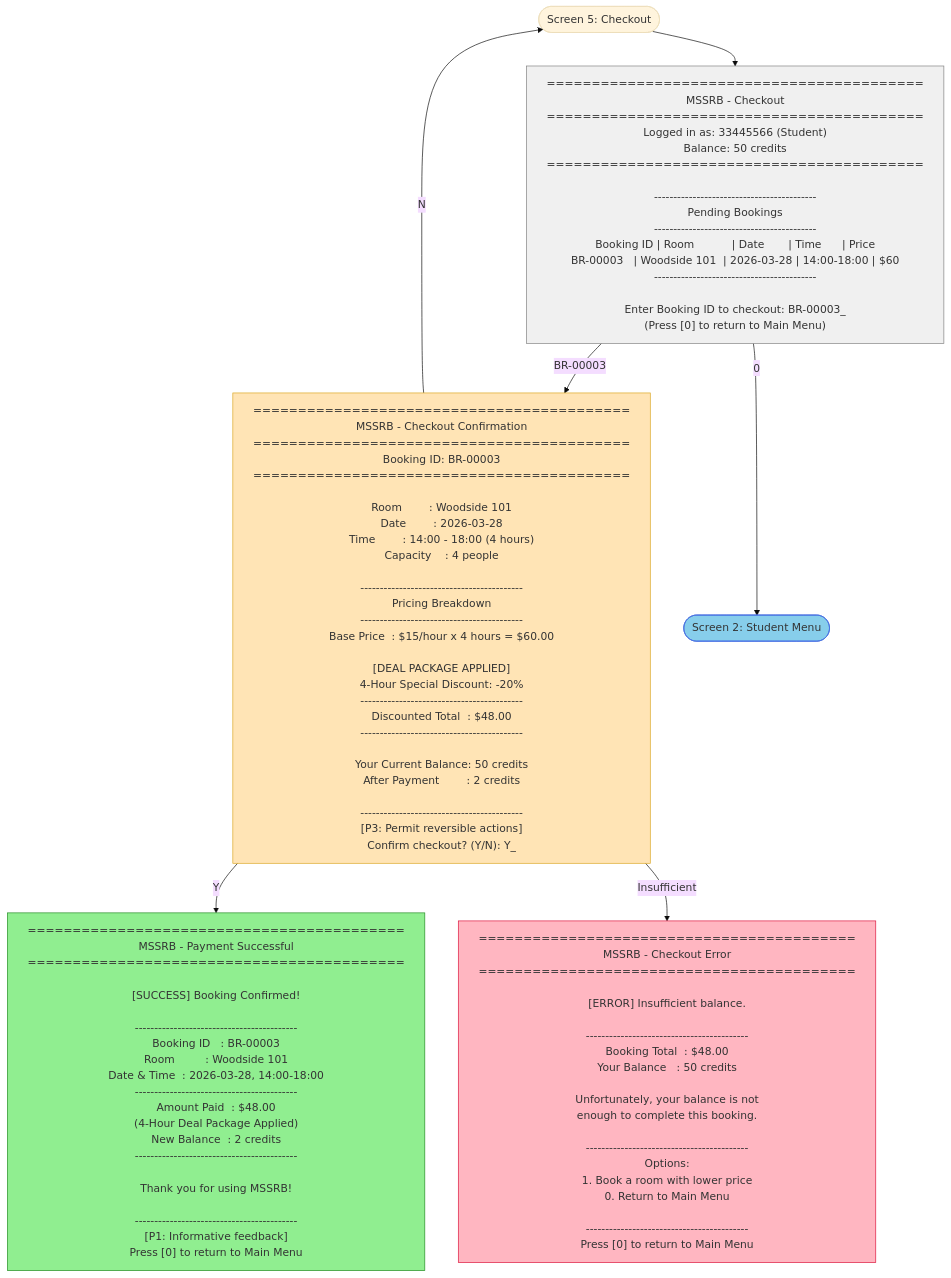
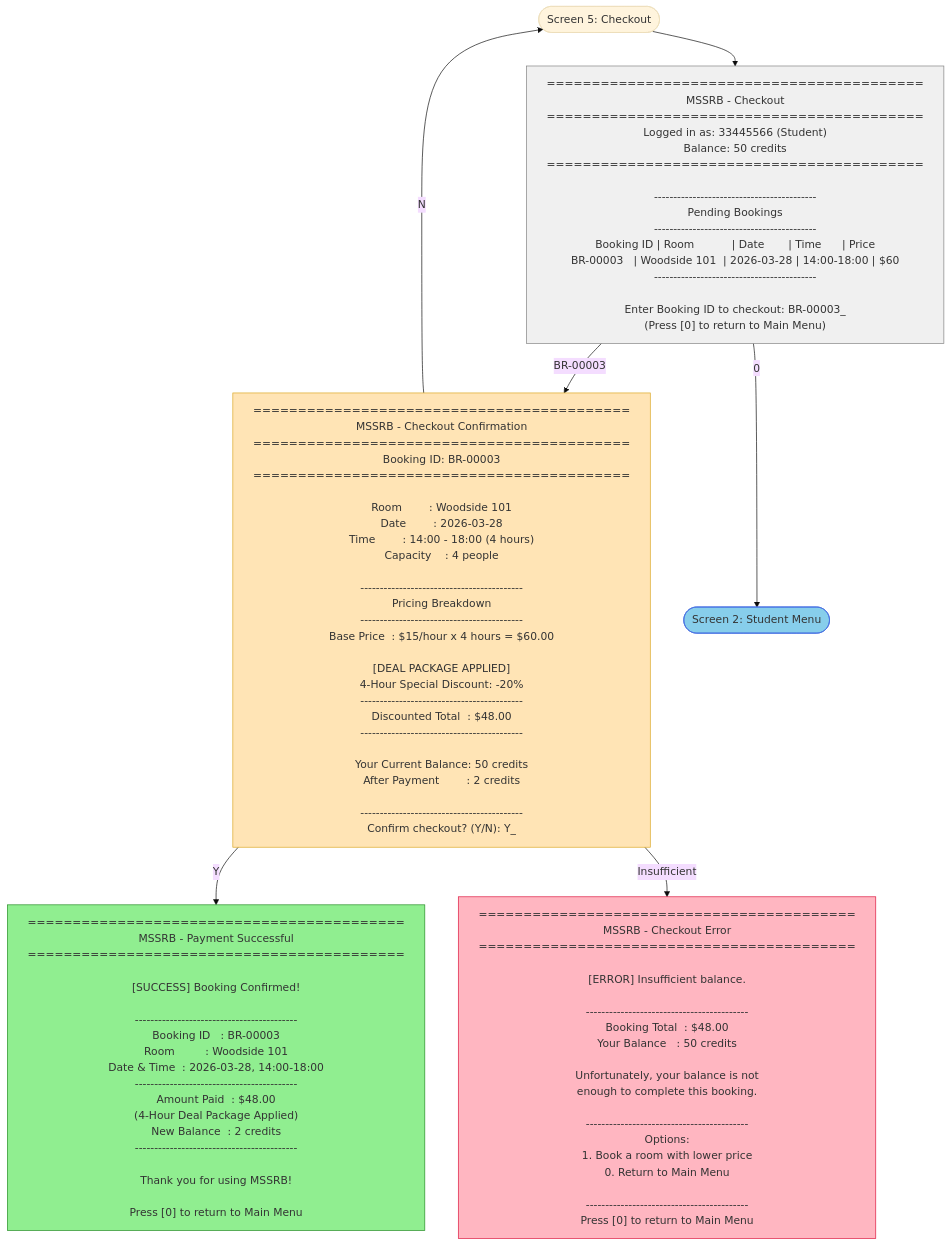
Before and after one commit to alii0110-monash/fit5136-study-room-booking: the diagram in mermaid/member_a/05_checkout.flowchart.mmd, drawn with Mermaid (base theme). The commit also changed 12 other files, not shown here.

```diff
--- a/mermaid/member_a/05_checkout.flowchart.mmd
+++ b/mermaid/member_a/05_checkout.flowchart.mmd
@@ -1,114 +1,111 @@
 flowchart TB
     CHECKOUT(["Screen 5: Checkout"])
 
     C1["
 ==========================================
 MSSRB - Checkout
 ==========================================
 Logged in as: 33445566 (Student)
 Balance: 50 credits
 ==========================================
 
 ------------------------------------------
 Pending Bookings
 ------------------------------------------
 Booking ID | Room           | Date       | Time      | Price
 BR-00003   | Woodside 101  | 2026-03-28 | 14:00-18:00 | $60
 ------------------------------------------
 
 Enter Booking ID to checkout: BR-00003_
 (Press [0] to return to Main Menu)
     "]
 
     C2["
 ==========================================
 MSSRB - Checkout Confirmation
 ==========================================
 Booking ID: BR-00003
 ==========================================
 
 Room        : Woodside 101
 Date        : 2026-03-28
 Time        : 14:00 - 18:00 (4 hours)
 Capacity    : 4 people
 
 ------------------------------------------
 Pricing Breakdown
 ------------------------------------------
 Base Price  : $15/hour x 4 hours = $60.00
 
 [DEAL PACKAGE APPLIED]
 4-Hour Special Discount: -20%
 ------------------------------------------
 Discounted Total  : $48.00
 ------------------------------------------
 
 Your Current Balance: 50 credits
 After Payment        : 2 credits
 
 ------------------------------------------
-[P3: Permit reversible actions]
 Confirm checkout? (Y/N): Y_
     "]
 
     C3["
 ==========================================
 MSSRB - Payment Successful
 ==========================================
 
 [SUCCESS] Booking Confirmed!
 
 ------------------------------------------
 Booking ID   : BR-00003
 Room         : Woodside 101
 Date & Time  : 2026-03-28, 14:00-18:00
 ------------------------------------------
 Amount Paid  : $48.00
 (4-Hour Deal Package Applied)
 New Balance  : 2 credits
 ------------------------------------------
 
 Thank you for using MSSRB!
 
-------------------------------------------
-[P1: Informative feedback]
 Press [0] to return to Main Menu
     "]
 
     C4["
 ==========================================
 MSSRB - Checkout Error
 ==========================================
 
 [ERROR] Insufficient balance.
 
 ------------------------------------------
 Booking Total  : $48.00
 Your Balance   : 50 credits
 
 Unfortunately, your balance is not
 enough to complete this booking.
 
 ------------------------------------------
 Options:
 1. Book a room with lower price
 0. Return to Main Menu
 
 ------------------------------------------
 Press [0] to return to Main Menu
     "]
 
     STUDENT_MENU(["Screen 2: Student Menu"])
 
     CHECKOUT --> C1
     C1 -->|"BR-00003"| C2
     C1 -->|"0"| STUDENT_MENU
     C2 -->|"Y"| C3
     C2 -->|"N"| CHECKOUT
     C2 -->|"Insufficient"| C4
 
     style C1 fill:#F0F0F0,stroke:#808080
     style C2 fill:#FFE4B5,stroke:#DAA520
     style C3 fill:#90EE90,stroke:#228B22
     style C4 fill:#FFB6C1,stroke:#DC143C
     style STUDENT_MENU fill:#87CEEB,stroke:#4169E1
```
